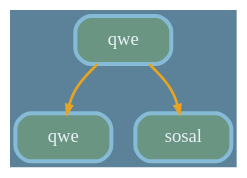
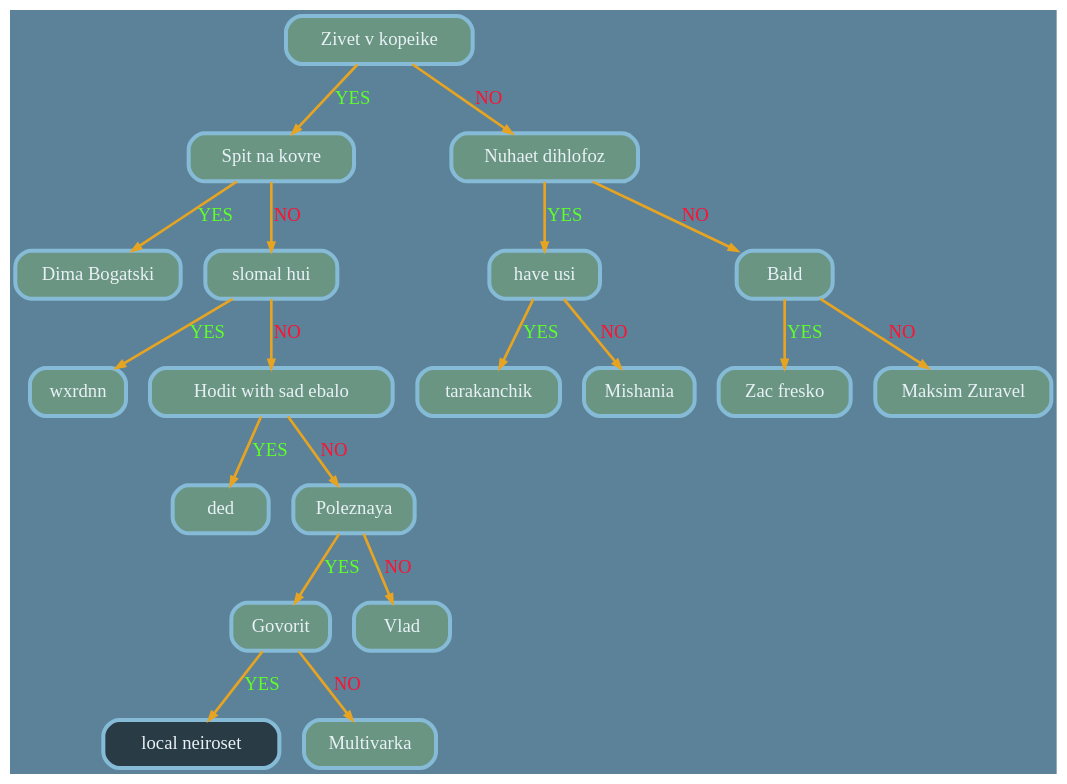
One commit to Knightususa/Tree changed the diagram in out_files/akinator.dot. Above: the diagram before and after it, drawn with Graphviz. The commit also changed 14 other files, not shown here.

```diff
--- a/out_files/akinator.dot
+++ b/out_files/akinator.dot
@@ -1,15 +1,51 @@
 digraph G {
-splines = curved
+splines = line
 	graph [bgcolor = "#5B8298"]
 	node [shape = record, fontname = "Consolas", style = "rounded, filled", height = 0.5, width = 1, color = "#86BBD8", fontcolor = "#E8F1F5", penwidth = 3]
 	edge [color = "#2F4858", fontcolor = "#2F4858", penwidth = 2, arrowsize = 0.6];
 
 
 	node [fillcolor = "#78a5728b"]
-	1428428969600 [label = "qwe"]
-	1428428968976 [label = "qwe"]
-	1428428969744 [label = "sosal"]
+	1697743591008 [label = "Zivet v kopeike"]
+	1697743591056 [label = "Spit na kovre"]
+	1697743589856 [label = "Dima Bogatski"]
+	1697743591152 [label = "slomal hui"]
+	1697743589424 [label = "wxrdnn"]
+	1697743591248 [label = "Hodit with sad ebalo"]
+	1697743589616 [label = "ded"]
+	1697743589952 [label = "Poleznaya"]
+	1697743589760 [label = "Govorit"]
 
-	1428428969600 -> 1428428968976 [color = "#e6a422"];
-	1428428969600 -> 1428428969744 [color = "#e6a422"];
+	node [fillcolor = "#0000008b"]
+	1697743589664 [label = "local neiroset"]
+
+	node [fillcolor = "#78a5728b"]
+	1697743590864 [label = "Multivarka"]
+	1697743590192 [label = "Vlad"]
+	1697743590000 [label = "Nuhaet dihlofoz"]
+	1697743589472 [label = "have usi"]
+	1697743589568 [label = "tarakanchik"]
+	1697743589712 [label = "Mishania"]
+	1697743590048 [label = "Bald"]
+	1697743590528 [label = "Zac fresko"]
+	1697743590960 [label = "Maksim Zuravel"]
+
+	1697743591008 -> 1697743591056 [color = "#e6a422", label = "YES",  fontcolor = "#5fff29"];
+	1697743591008 -> 1697743590000 [color = "#e6a422", label = "NO", fontcolor = "#ff1131"];
+	1697743591056 -> 1697743589856 [color = "#e6a422", label = "YES",  fontcolor = "#5fff29"];
+	1697743591056 -> 1697743591152 [color = "#e6a422", label = "NO", fontcolor = "#ff1131"];
+	1697743591152 -> 1697743589424 [color = "#e6a422", label = "YES",  fontcolor = "#5fff29"];
+	1697743591152 -> 1697743591248 [color = "#e6a422", label = "NO", fontcolor = "#ff1131"];
+	1697743591248 -> 1697743589616 [color = "#e6a422", label = "YES",  fontcolor = "#5fff29"];
+	1697743591248 -> 1697743589952 [color = "#e6a422", label = "NO", fontcolor = "#ff1131"];
+	1697743589952 -> 1697743589760 [color = "#e6a422", label = "YES",  fontcolor = "#5fff29"];
+	1697743589952 -> 1697743590192 [color = "#e6a422", label = "NO", fontcolor = "#ff1131"];
+	1697743589760 -> 1697743589664 [color = "#e6a422", label = "YES",  fontcolor = "#5fff29"];
+	1697743589760 -> 1697743590864 [color = "#e6a422", label = "NO", fontcolor = "#ff1131"];
+	1697743590000 -> 1697743589472 [color = "#e6a422", label = "YES",  fontcolor = "#5fff29"];
+	1697743590000 -> 1697743590048 [color = "#e6a422", label = "NO", fontcolor = "#ff1131"];
+	1697743589472 -> 1697743589568 [color = "#e6a422", label = "YES",  fontcolor = "#5fff29"];
+	1697743589472 -> 1697743589712 [color = "#e6a422", label = "NO", fontcolor = "#ff1131"];
+	1697743590048 -> 1697743590528 [color = "#e6a422", label = "YES",  fontcolor = "#5fff29"];
+	1697743590048 -> 1697743590960 [color = "#e6a422", label = "NO", fontcolor = "#ff1131"];
 }
```
